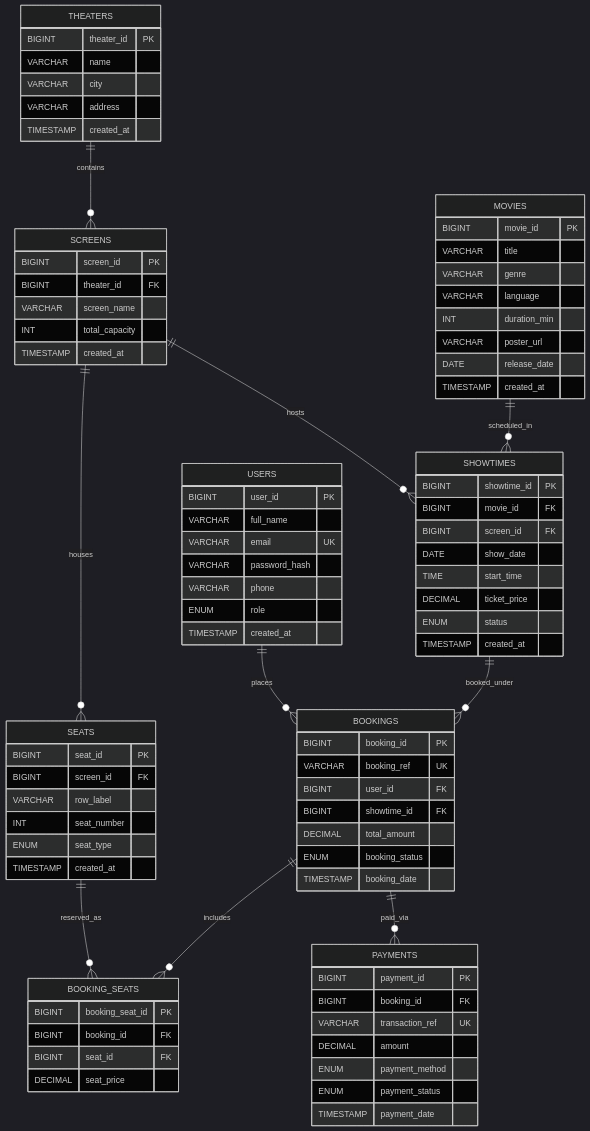
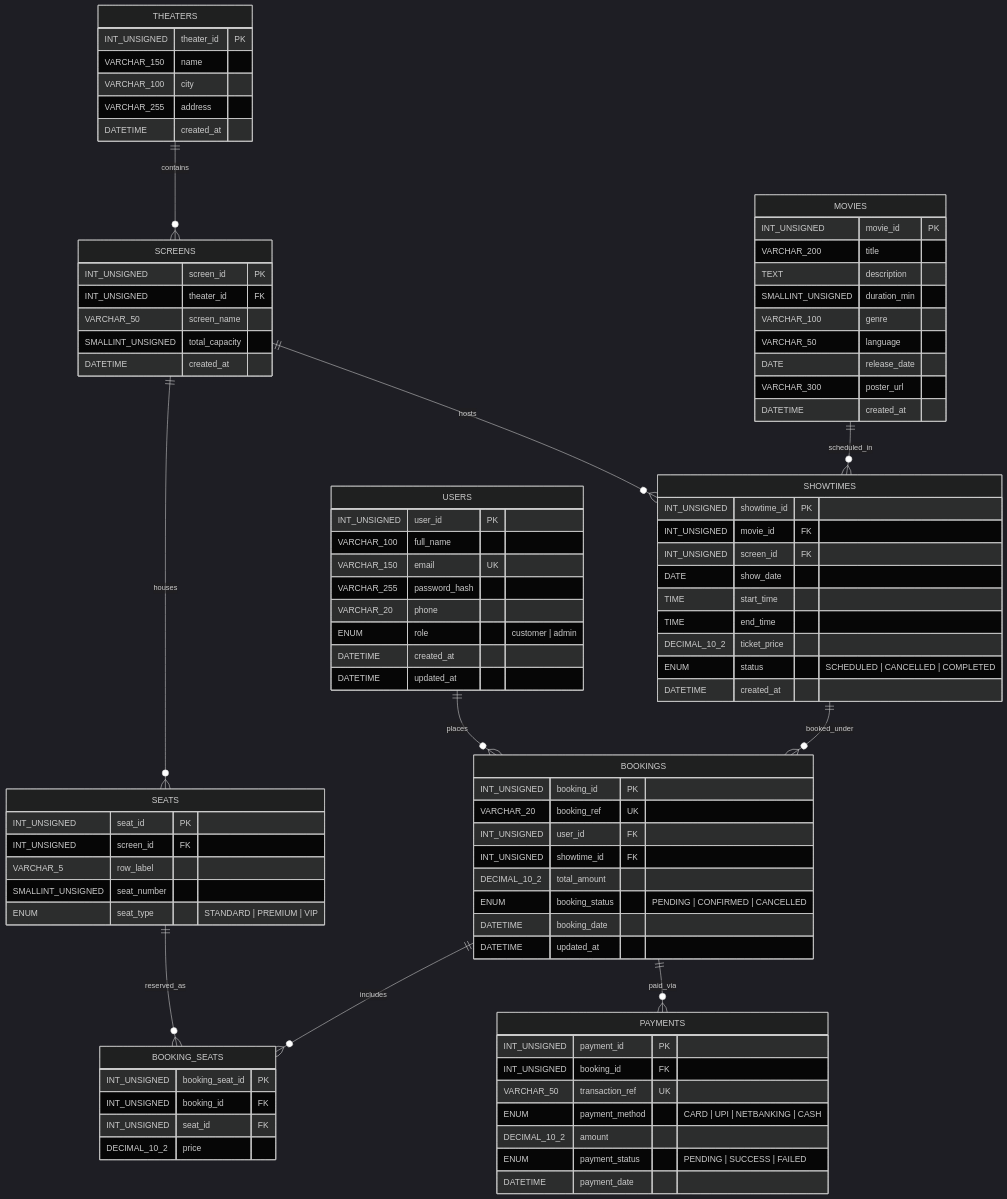
The diagram in README.md (madhukarnitp/MovieThreaterSeatBookingManager), drawn with Mermaid (dark theme) before and after one commit. The commit also changed other lines of this file and 9 other files, not shown here.

````diff
--- a/README.md
+++ b/README.md
@@ -35,86 +35,89 @@
     BOOKINGS ||--o{ PAYMENTS : "paid_via"
 
     USERS {
-        BIGINT user_id PK
-        VARCHAR full_name
-        VARCHAR email UK
-        VARCHAR password_hash
-        VARCHAR phone
-        ENUM role
-        TIMESTAMP created_at
+        INT_UNSIGNED user_id PK
+        VARCHAR_100 full_name
+        VARCHAR_150 email UK
+        VARCHAR_255 password_hash
+        VARCHAR_20 phone
+        ENUM role "customer | admin"
+        DATETIME created_at
+        DATETIME updated_at
     }
 
     THEATERS {
-        BIGINT theater_id PK
-        VARCHAR name
-        VARCHAR city
-        VARCHAR address
-        TIMESTAMP created_at
+        INT_UNSIGNED theater_id PK
+        VARCHAR_150 name
+        VARCHAR_100 city
+        VARCHAR_255 address
+        DATETIME created_at
     }
 
     SCREENS {
-        BIGINT screen_id PK
-        BIGINT theater_id FK
-        VARCHAR screen_name
-        INT total_capacity
-        TIMESTAMP created_at
+        INT_UNSIGNED screen_id PK
+        INT_UNSIGNED theater_id FK
+        VARCHAR_50 screen_name
+        SMALLINT_UNSIGNED total_capacity
+        DATETIME created_at
     }
 
     SEATS {
-        BIGINT seat_id PK
-        BIGINT screen_id FK
-        VARCHAR row_label
-        INT seat_number
-        ENUM seat_type
-        TIMESTAMP created_at
+        INT_UNSIGNED seat_id PK
+        INT_UNSIGNED screen_id FK
+        VARCHAR_5 row_label
+        SMALLINT_UNSIGNED seat_number
+        ENUM seat_type "STANDARD | PREMIUM | VIP"
     }
 
     MOVIES {
-        BIGINT movie_id PK
-        VARCHAR title
-        VARCHAR genre
-        VARCHAR language
-        INT duration_min
-        VARCHAR poster_url
+        INT_UNSIGNED movie_id PK
+        VARCHAR_200 title
+        TEXT description
+        SMALLINT_UNSIGNED duration_min
+        VARCHAR_100 genre
+        VARCHAR_50 language
         DATE release_date
-        TIMESTAMP created_at
+        VARCHAR_300 poster_url
+        DATETIME created_at
     }
 
     SHOWTIMES {
-        BIGINT showtime_id PK
-        BIGINT movie_id FK
-        BIGINT screen_id FK
+        INT_UNSIGNED showtime_id PK
+        INT_UNSIGNED movie_id FK
+        INT_UNSIGNED screen_id FK
         DATE show_date
         TIME start_time
-        DECIMAL ticket_price
-        ENUM status
-        TIMESTAMP created_at
+        TIME end_time
+        DECIMAL_10_2 ticket_price
+        ENUM status "SCHEDULED | CANCELLED | COMPLETED"
+        DATETIME created_at
     }
 
     BOOKINGS {
-        BIGINT booking_id PK
-        VARCHAR booking_ref UK
-        BIGINT user_id FK
-        BIGINT showtime_id FK
-        DECIMAL total_amount
-        ENUM booking_status
-        TIMESTAMP booking_date
+        INT_UNSIGNED booking_id PK
+        VARCHAR_20 booking_ref UK
+        INT_UNSIGNED user_id FK
+        INT_UNSIGNED showtime_id FK
+        DECIMAL_10_2 total_amount
+        ENUM booking_status "PENDING | CONFIRMED | CANCELLED"
+        DATETIME booking_date
+        DATETIME updated_at
     }
 
     BOOKING_SEATS {
-        BIGINT booking_seat_id PK
-        BIGINT booking_id FK
-        BIGINT seat_id FK
-        DECIMAL seat_price
+        INT_UNSIGNED booking_seat_id PK
+        INT_UNSIGNED booking_id FK
+        INT_UNSIGNED seat_id FK
+        DECIMAL_10_2 price
     }
 
     PAYMENTS {
-        BIGINT payment_id PK
-        BIGINT booking_id FK
-        VARCHAR transaction_ref UK
-        DECIMAL amount
-        ENUM payment_method
-        ENUM payment_status
-        TIMESTAMP payment_date
+        INT_UNSIGNED payment_id PK
+        INT_UNSIGNED booking_id FK
+        VARCHAR_50 transaction_ref UK
+        ENUM payment_method "CARD | UPI | NETBANKING | CASH"
+        DECIMAL_10_2 amount
+        ENUM payment_status "PENDING | SUCCESS | FAILED"
+        DATETIME payment_date
     }
 ```
````
